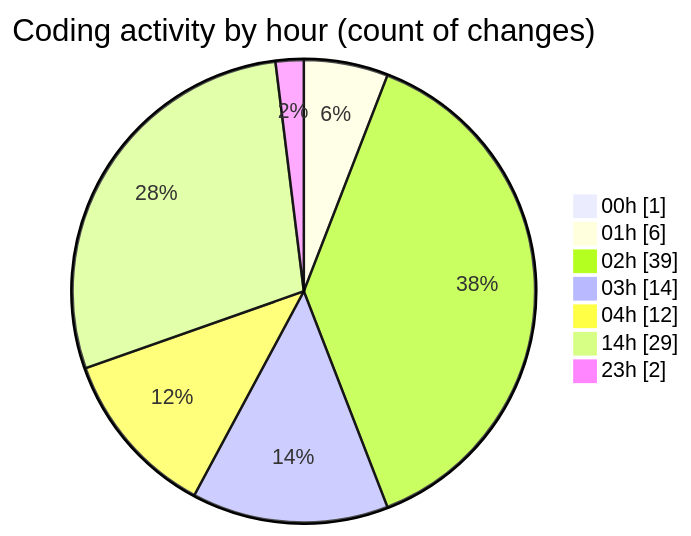
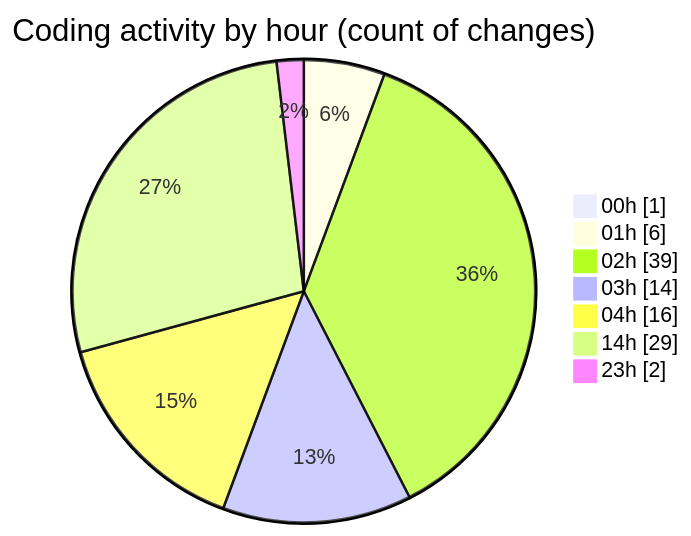
One commit to charlie-sans/code-tracking changed the second of 2 diagrams in 2025-02-19/masm/README.md. Above: the diagram before and after it, drawn with Mermaid. The commit also changed other lines of this file and 1 other file, not shown here.

````diff
--- a/2025-02-19/masm/README.md
+++ b/2025-02-19/masm/README.md
@@ -49,11 +50,11 @@
 ```mermaid
 pie showData
 title Coding activity by hour (count of changes)
 "00h" : 1
 "01h" : 6
 "02h" : 39
 "03h" : 14
-"04h" : 12
+"04h" : 16
 "14h" : 29
 "23h" : 2
 ```
````
